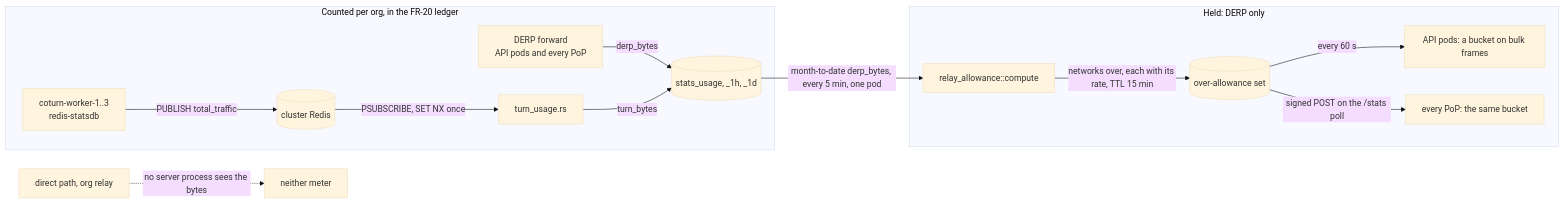
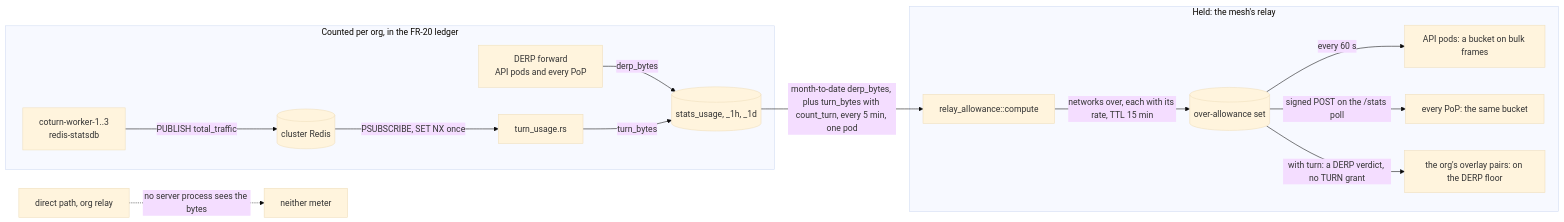
The second of 3 diagrams in docs/plans-and-limits.md (gjovanov/roomler-ai), drawn with Mermaid (base theme) before and after one commit. The commit also changed other lines of this file and 24 other files, not shown here.

First line of the commit message:
feat(fr-115): P4c — TURN counts toward the relay allowance, and an over-allowance org's mesh leaves TURN for the DERP floor (dark)

````diff
--- a/docs/plans-and-limits.md
+++ b/docs/plans-and-limits.md
@@ -118,16 +125,17 @@
 ```mermaid
 flowchart LR
   subgraph counted["Counted per org, in the FR-20 ledger"]
     DP["DERP forward<br/>API pods and every PoP"] -->|derp_bytes| L[("stats_usage, _1h, _1d")]
     CT["coturn-worker-1..3<br/>redis-statsdb"] -->|PUBLISH total_traffic| R[("cluster Redis")]
     R -->|PSUBSCRIBE, SET NX once| TU["turn_usage.rs"]
     TU -->|turn_bytes| L
   end
-  subgraph held["Held: DERP only"]
-    L -->|month-to-date derp_bytes, every 5 min, one pod| J["relay_allowance::compute"]
+  subgraph held["Held: the mesh's relay"]
+    L -->|month-to-date derp_bytes, plus turn_bytes with count_turn, every 5 min, one pod| J["relay_allowance::compute"]
     J -->|networks over, each with its rate, TTL 15 min| S[("over-allowance set")]
     S -->|every 60 s| P["API pods: a bucket on bulk frames"]
     S -->|signed POST on the /stats poll| Q["every PoP: the same bucket"]
+    S -->|with turn: a DERP verdict, no TURN grant| V["the org's overlay pairs: on the DERP floor"]
   end
   X["direct path, org relay"] -.->|no server process sees the bytes| N["neither meter"]
 ```
````
